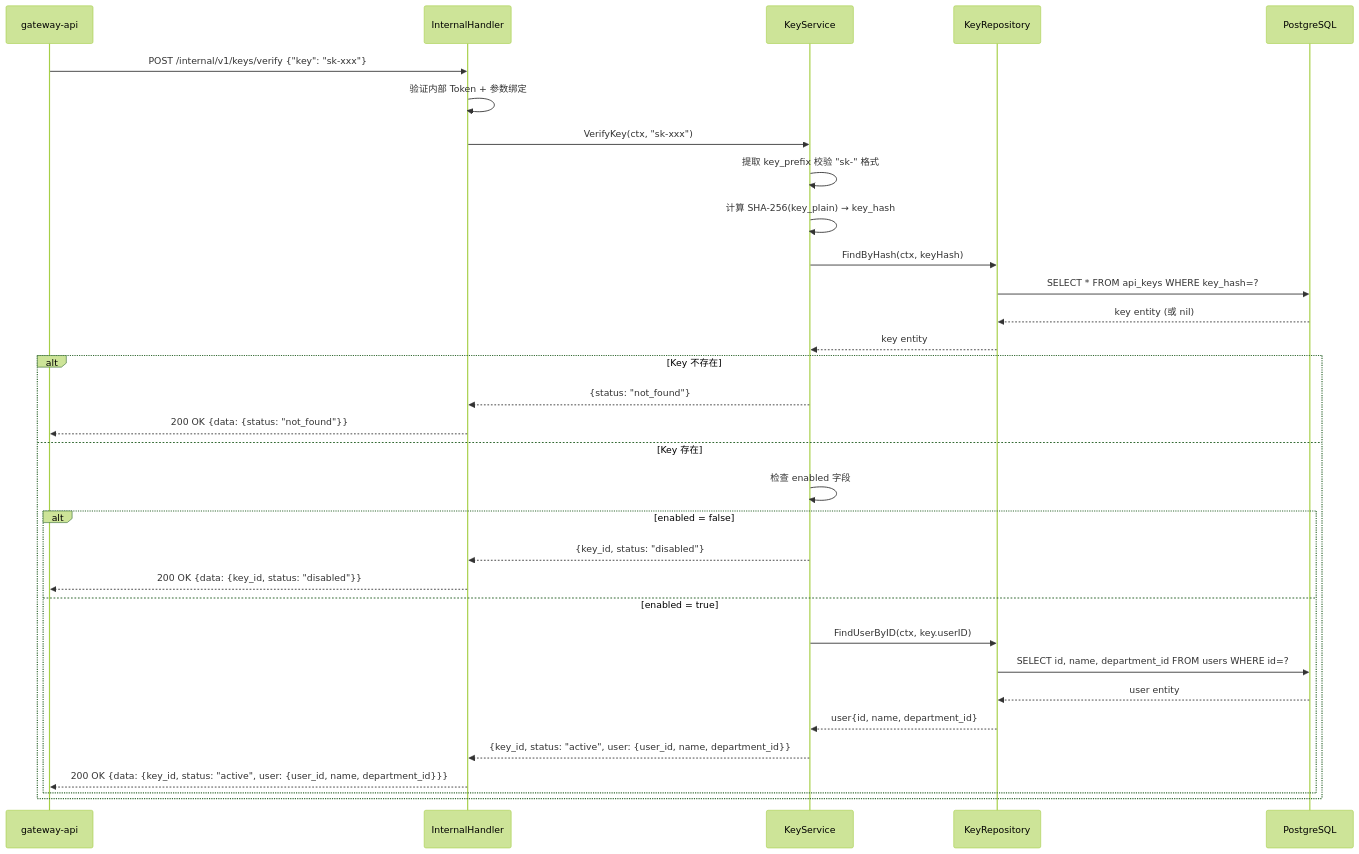
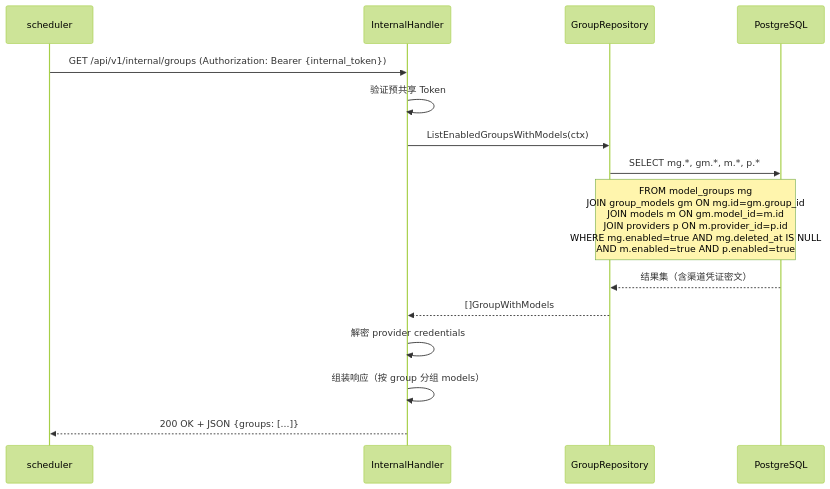
One commit to achieve-jsy/llm-gateway changed the second of 2 diagrams in xspec/changes/control-plane/design.delta.md. Above: the diagram before and after it, drawn with Mermaid (forest theme). The commit also changed other lines of this file and 174 other files, not shown here.

````diff
--- a/xspec/changes/control-plane/design.delta.md
+++ b/xspec/changes/control-plane/design.delta.md
@@ -190,35 +412,18 @@
 ```mermaid
 sequenceDiagram
-    participant GW as gateway-api
+    participant SCH as scheduler
     participant IH as InternalHandler
-    participant KS as KeyService
-    participant KR as KeyRepository
+    participant GR as GroupRepository
     participant DB as PostgreSQL
 
-    GW->>IH: POST /internal/v1/keys/verify {"key": "sk-xxx"}
-    IH->>IH: 验证内部 Token + 参数绑定
-    IH->>KS: VerifyKey(ctx, "sk-xxx")
-    KS->>KS: 提取 key_prefix 校验 "sk-" 格式
-    KS->>KS: 计算 SHA-256(key_plain) → key_hash
-    KS->>KR: FindByHash(ctx, keyHash)
-    KR->>DB: SELECT * FROM api_keys WHERE key_hash=?
-    DB-->>KR: key entity (或 nil)
-    KR-->>KS: key entity
-    alt Key 不存在
-        KS-->>IH: {status: "not_found"}
-        IH-->>GW: 200 OK {data: {status: "not_found"}}
-    else Key 存在
-        KS->>KS: 检查 enabled 字段
-        alt enabled = false
-            KS-->>IH: {key_id, status: "disabled"}
-            IH-->>GW: 200 OK {data: {key_id, status: "disabled"}}
-        else enabled = true
-            KS->>KR: FindUserByID(ctx, key.userID)
-            KR->>DB: SELECT id, name, department_id FROM users WHERE id=?
-            DB-->>KR: user entity
-            KR-->>KS: user{id, name, department_id}
-            KS-->>IH: {key_id, status: "active", user: {user_id, name, department_id}}
-            IH-->>GW: 200 OK {data: {key_id, status: "active", user: {user_id, name, department_id}}}
-        end
-    end
+    SCH->>IH: GET /api/v1/internal/groups (Authorization: Bearer {internal_token})
+    IH->>IH: 验证预共享 Token
+    IH->>GR: ListEnabledGroupsWithModels(ctx)
+    GR->>DB: SELECT mg.*, gm.*, m.*, p.*
+    Note over GR,DB: FROM model_groups mg<br/>JOIN group_models gm ON mg.id=gm.group_id<br/>JOIN models m ON gm.model_id=m.id<br/>JOIN providers p ON m.provider_id=p.id<br/>WHERE mg.enabled=true AND mg.deleted_at IS NULL<br/>AND m.enabled=true AND p.enabled=true
+    DB-->>GR: 结果集（含渠道凭证密文）
+    GR-->>IH: []GroupWithModels
+    IH->>IH: 解密 provider credentials
+    IH->>IH: 组装响应（按 group 分组 models）
+    IH-->>SCH: 200 OK + JSON {groups: [...]}
 ```
````
